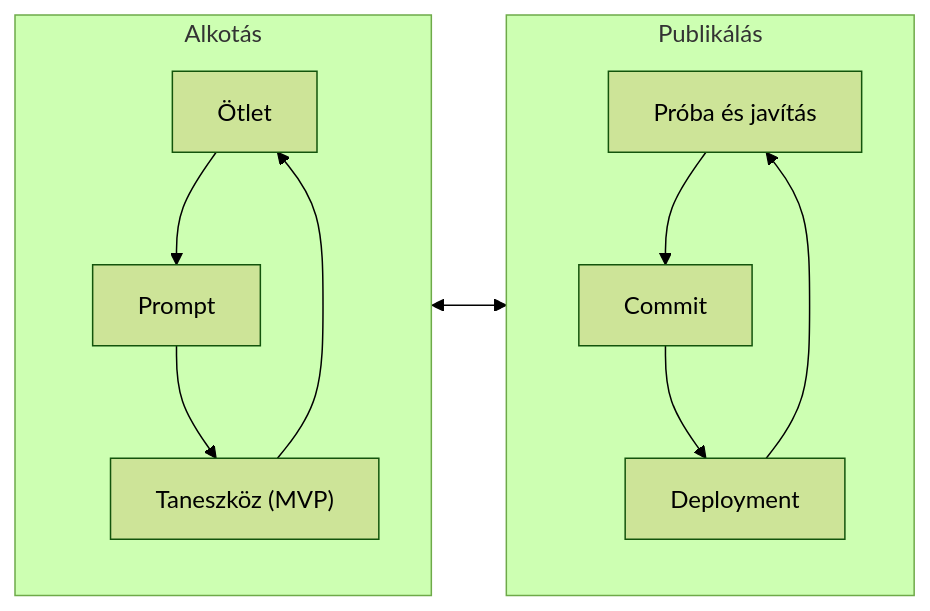
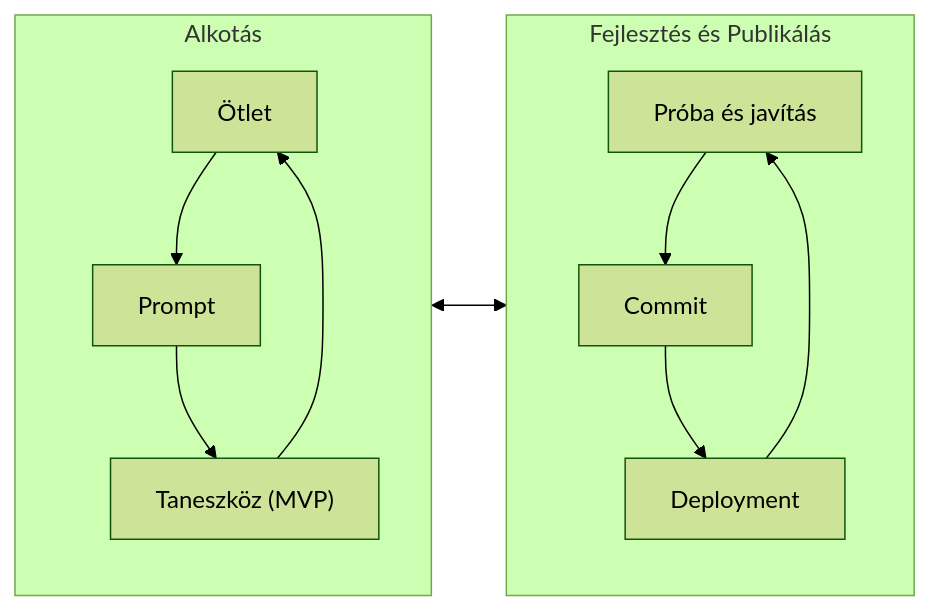
Before and after one commit to ezolmik/ai-taneszkoz-workshop: the diagram in README.md, drawn with Mermaid (forest theme). The commit also changed other lines of this file, not shown here.

````diff
--- a/README.md
+++ b/README.md
@@ -6,18 +5,18 @@
 ```mermaid
 flowchart LR
     subgraph A["Alkotás"]
         direction TB
         O[Ötlet] --> P[Prompt]
         P --> M["Taneszköz (MVP)"]
         M --> O
     end
 
-    subgraph B["Publikálás"]
+    subgraph B["Fejlesztés és Publikálás"]
         direction TB
         K["Próba és javítás"] --> C[Commit]
         C --> D[Deployment]
         D --> K
     end
 
     A <--> B
 ```
````
